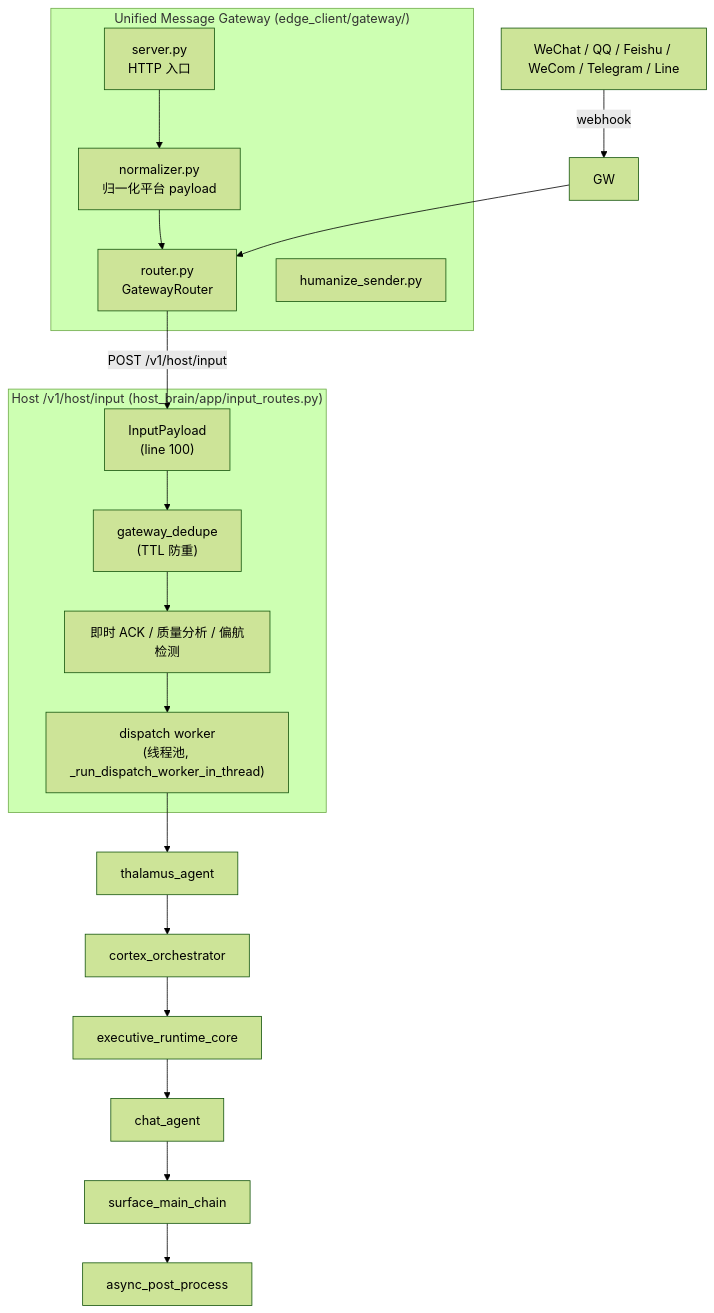
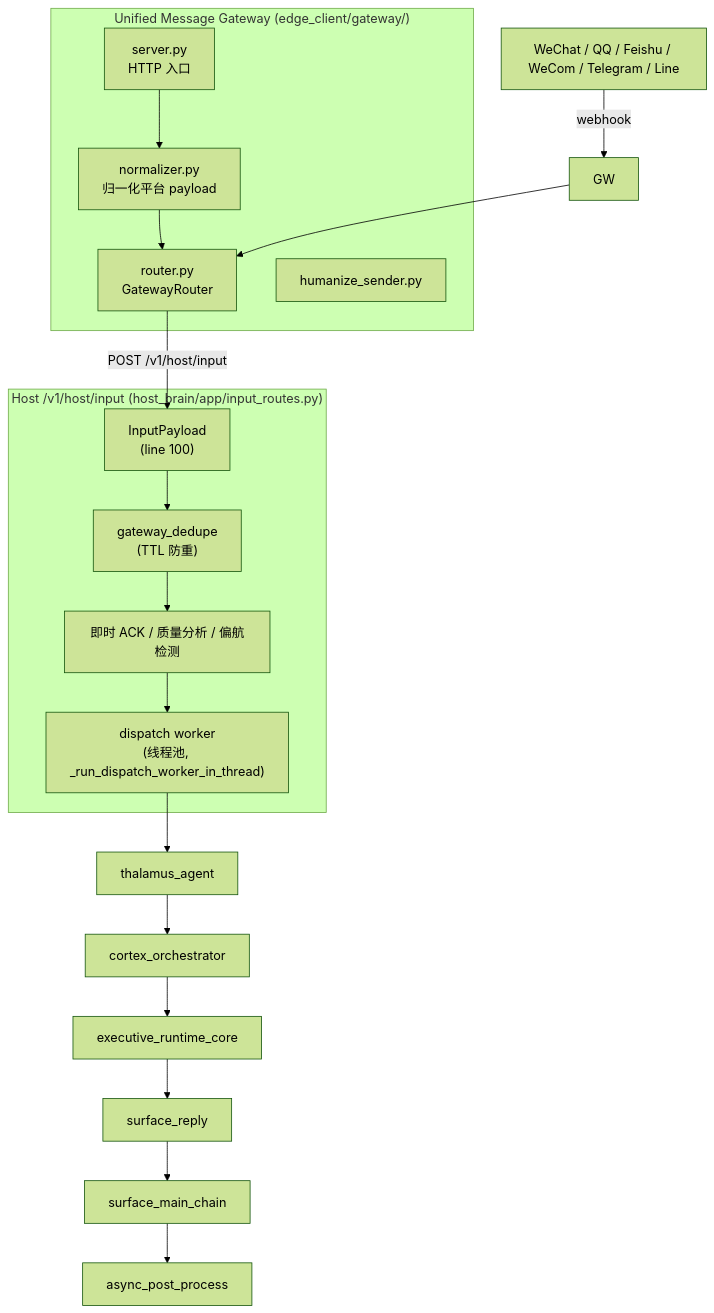
Before and after one commit to SakuraYoruno/Natsume_Ai: the first of 3 diagrams in docs/50_project/arch/diagrams/06_input_output_routes.md, drawn with Mermaid (forest theme). The commit also changed 85 other files, not shown here.

````diff
--- a/docs/50_project/arch/diagrams/06_input_output_routes.md
+++ b/docs/50_project/arch/diagrams/06_input_output_routes.md
@@ -22,30 +22,30 @@
 ```mermaid
 flowchart TD
     P1["WeChat / QQ / Feishu / WeCom / Telegram / Line"] -->|webhook| GW
 
     subgraph Gateway["Unified Message Gateway (edge_client/gateway/)"]
         SVR["server.py<br/>HTTP 入口"]
         NORM["normalizer.py<br/>归一化平台 payload"]
         ROUTER["router.py<br/>GatewayRouter"]
         HUM["humanize_sender.py"]
         SVR --> NORM --> ROUTER
     end
 
     GW --> ROUTER
     ROUTER -->|"POST /v1/host/input"| INR
 
     subgraph HostInput["Host /v1/host/input (host_brain/app/input_routes.py)"]
         INR["InputPayload<br/>(line 100)"]
         ACK["即时 ACK / 质量分析 / 偏航检测"]
         DISP["dispatch worker<br/>(线程池, _run_dispatch_worker_in_thread)"]
         DEDUP["gateway_dedupe<br/>(TTL 防重)"]
         INR --> DEDUP --> ACK --> DISP
     end
 
     DISP --> THA["thalamus_agent"]
     THA --> COR["cortex_orchestrator"]
     COR --> ERT["executive_runtime_core"]
-    ERT --> CA["chat_agent"]
+    ERT --> CA["surface_reply"]
     CA --> SC["surface_main_chain"]
     SC --> POST["async_post_process"]
 ```
````
